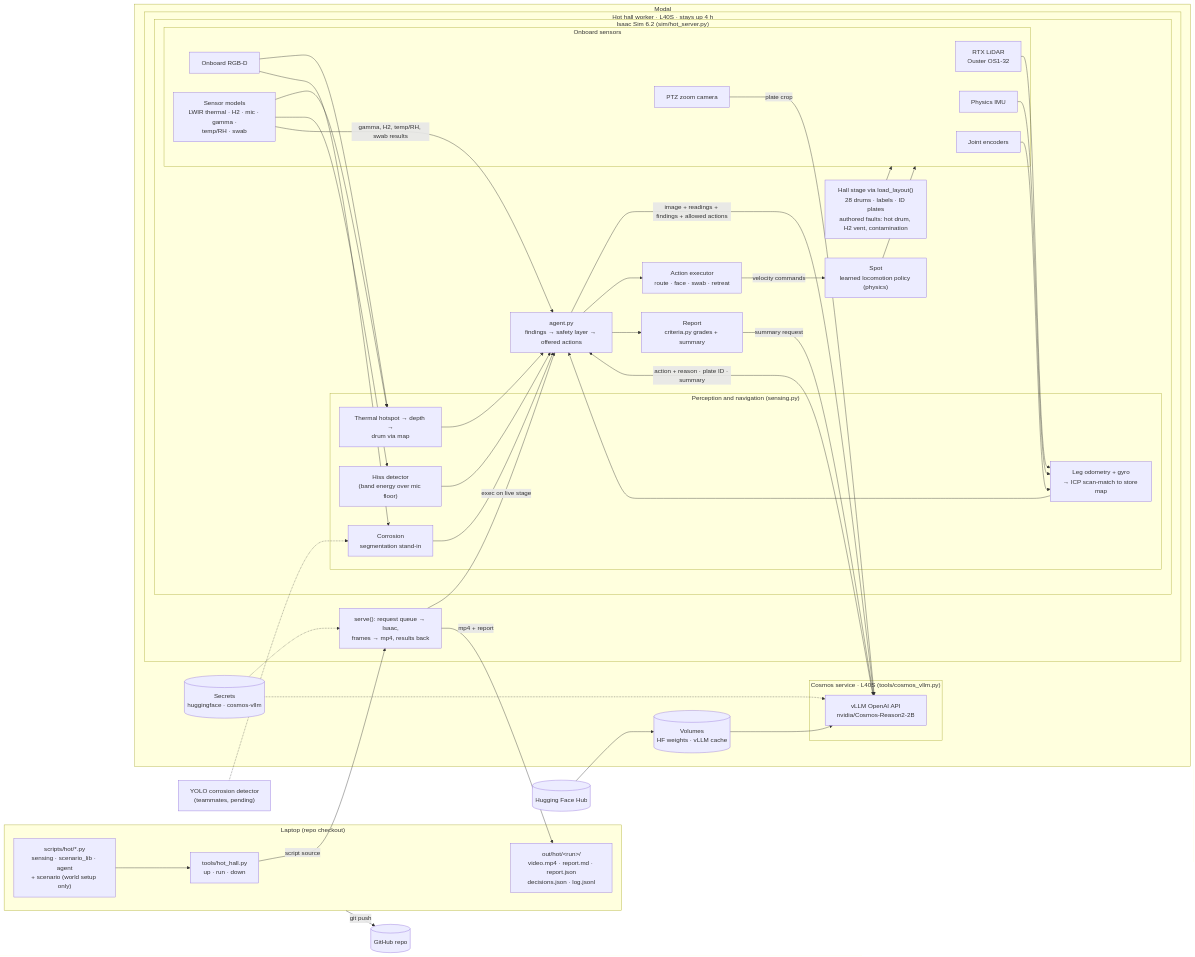
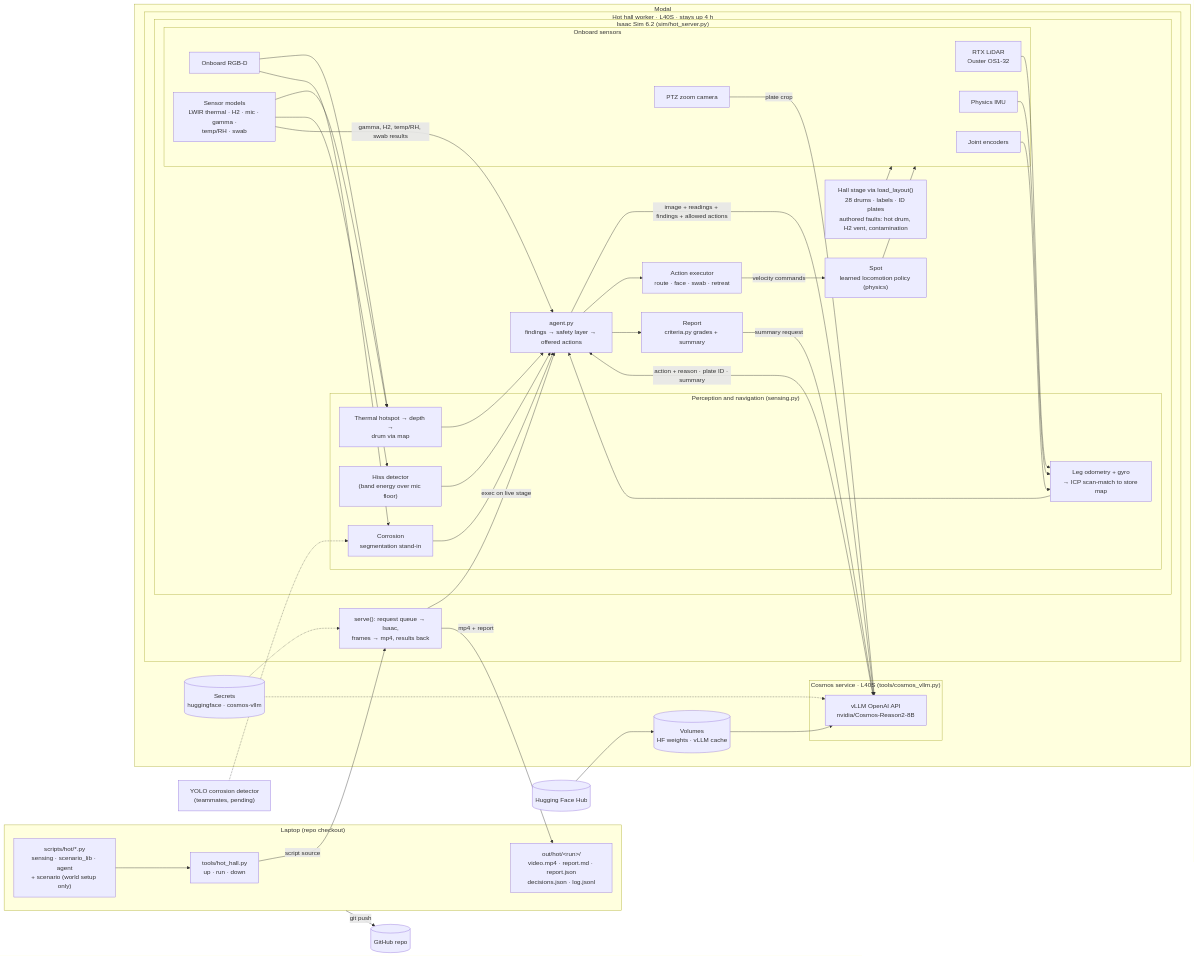
Before and after one commit to tika/agentverse26: the diagram in docs/system_architecture.md, drawn with Mermaid. The commit also changed 4 other files, not shown here.

First line of the commit message:
Serve Cosmos Reason 2 8B instead of 2B and document the shared endpoint

````diff
--- a/docs/system_architecture.md
+++ b/docs/system_architecture.md
@@ -8,76 +8,76 @@
 ```mermaid
 flowchart LR
     subgraph Laptop["Laptop (repo checkout)"]
         CLI["tools/hot_hall.py<br/>up · run · down"]
         REQ["scripts/hot/*.py<br/>sensing · scenario_lib · agent<br/>+ scenario (world setup only)"]
         RES["out/hot/&lt;run&gt;/<br/>video.mp4 · report.md · report.json<br/>decisions.json · log.jsonl"]
     end
 
     subgraph Modal["Modal"]
         subgraph Worker["Hot hall worker · L40S · stays up 4 h"]
             RELAY["serve(): request queue → Isaac,<br/>frames → mp4, results back"]
             subgraph Isaac["Isaac Sim 6.2 (sim/hot_server.py)"]
                 WORLD["Hall stage via load_layout()<br/>28 drums · labels · ID plates<br/>authored faults: hot drum, H2 vent, contamination"]
                 SPOT["Spot<br/>learned locomotion policy (physics)"]
                 subgraph Sensors["Onboard sensors"]
                     LIDAR["RTX LiDAR<br/>Ouster OS1-32"]
                     IMU["Physics IMU"]
                     ENC["Joint encoders"]
                     RGBD["Onboard RGB-D"]
                     PTZ["PTZ zoom camera"]
                     MODELS["Sensor models<br/>LWIR thermal · H2 · mic · gamma ·<br/>temp/RH · swab"]
                 end
                 subgraph Sensing["Perception and navigation (sensing.py)"]
                     NAV["Leg odometry + gyro<br/>→ ICP scan-match to store map"]
                     THERM["Thermal hotspot → depth →<br/>drum via map"]
                     HISS["Hiss detector<br/>(band energy over mic floor)"]
                     CORR["Corrosion<br/>segmentation stand-in"]
                 end
                 AGENT["agent.py<br/>findings → safety layer → offered actions"]
                 EXEC["Action executor<br/>route · face · swab · retreat"]
                 REPORT["Report<br/>criteria.py grades + summary"]
             end
         end
         subgraph Cosmos["Cosmos service · L40S (tools/cosmos_vllm.py)"]
-            VLLM["vLLM OpenAI API<br/>nvidia/Cosmos-Reason2-2B"]
+            VLLM["vLLM OpenAI API<br/>nvidia/Cosmos-Reason2-8B"]
         end
         VOL[("Volumes<br/>HF weights · vLLM cache")]
         SEC[("Secrets<br/>huggingface · cosmos-vllm")]
     end
 
     HF[("Hugging Face Hub")]
     GH[("GitHub repo")]
     YOLO["YOLO corrosion detector<br/>(teammates, pending)"]
 
     CLI -- "script source" --> RELAY
     REQ --> CLI
     RELAY -- "exec on live stage" --> AGENT
     WORLD --> Sensors
     SPOT --> Sensors
     LIDAR --> NAV
     IMU --> NAV
     ENC --> NAV
     RGBD --> THERM
     MODELS --> THERM
     MODELS --> HISS
     RGBD --> CORR
     NAV --> AGENT
     THERM --> AGENT
     HISS --> AGENT
     CORR --> AGENT
     MODELS -- "gamma, H2, temp/RH, swab results" --> AGENT
     AGENT -- "image + readings + findings + allowed actions" --> VLLM
     PTZ -- "plate crop" --> VLLM
     VLLM -- "action + reason · plate ID · summary" --> AGENT
     AGENT --> EXEC
     EXEC -- "velocity commands" --> SPOT
     AGENT --> REPORT
     REPORT -- "summary request" --> VLLM
     RELAY -- "mp4 + report" --> RES
     HF --> VOL
     VOL --> VLLM
     SEC -.-> VLLM
     SEC -.-> RELAY
     YOLO -.-> CORR
     Laptop -- "git push" --> GH
 ```
````
